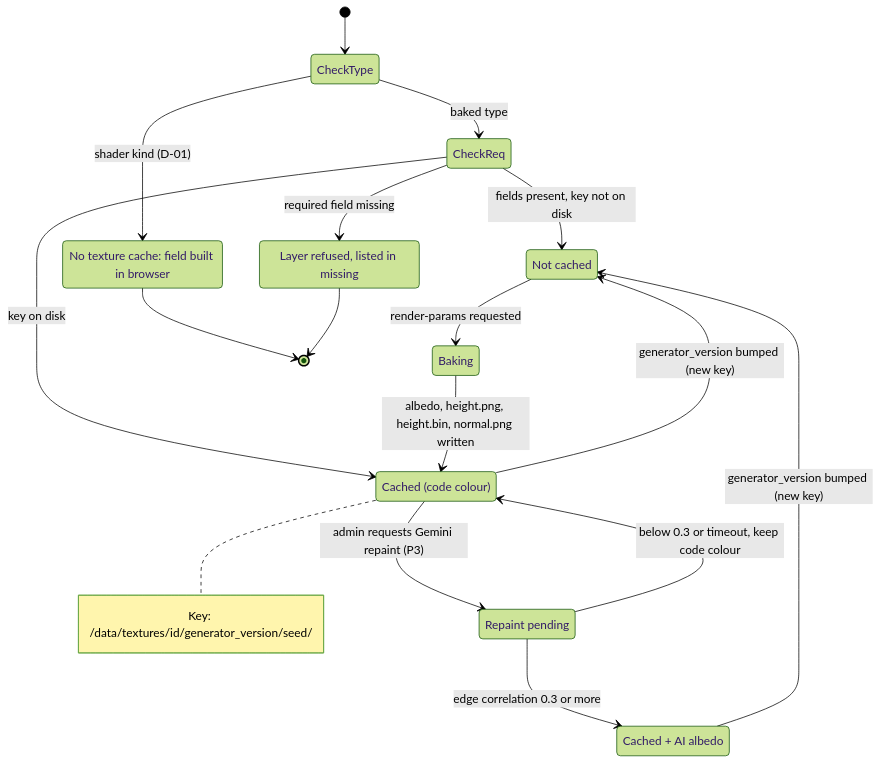
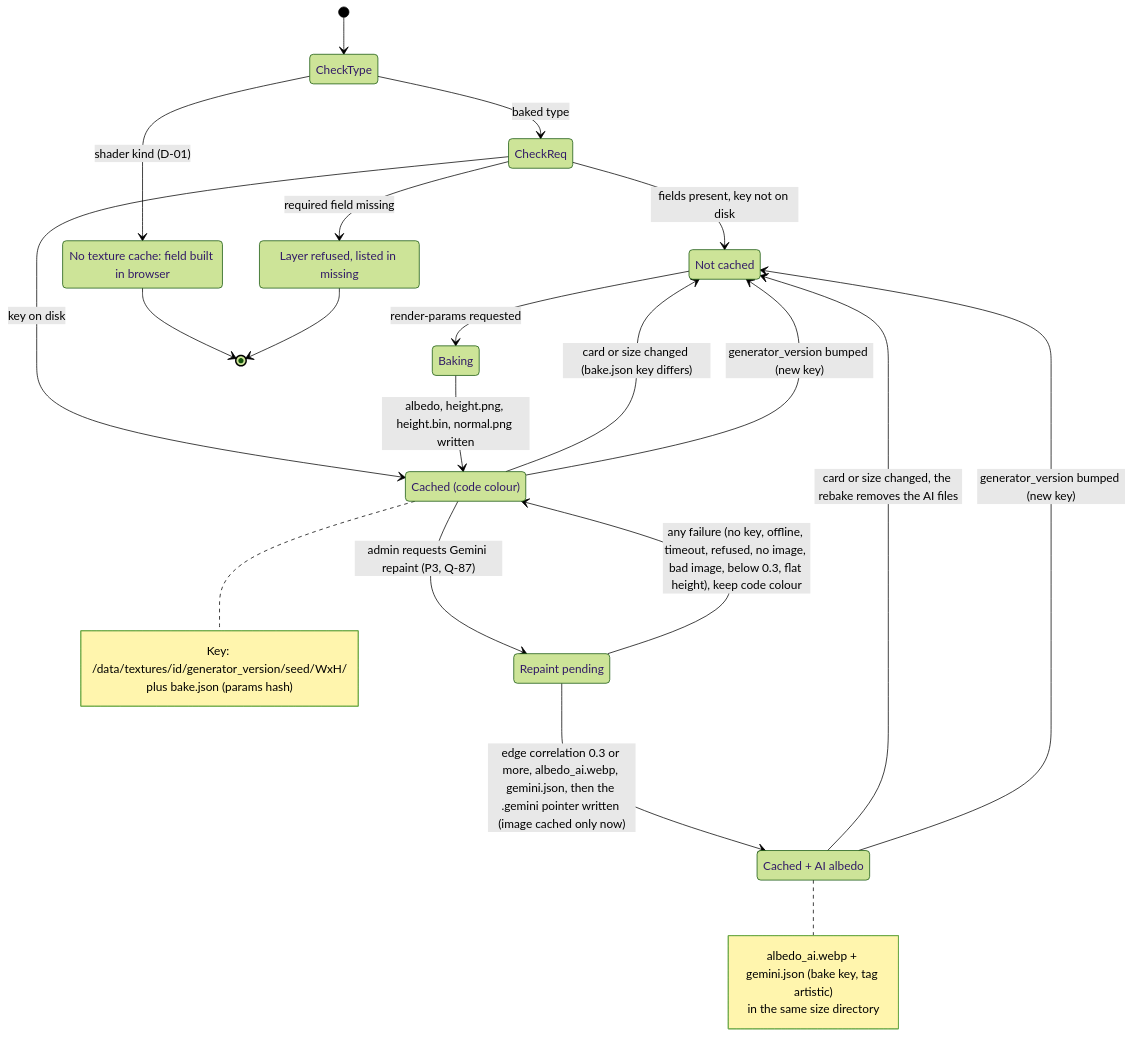
One commit to 0ffrian/SphereX changed the second of 2 diagrams in docs/uml/16-state-asset-lookup.md. Above: the diagram before and after it, drawn with Mermaid (forest theme). The commit also changed other lines of this file and 19 other files, not shown here.

First line of the commit message:
Gemini artistic layer behind a server proxy (#14)

````diff
--- a/docs/uml/16-state-asset-lookup.md
+++ b/docs/uml/16-state-asset-lookup.md
@@ -45,34 +45,41 @@
 ```mermaid
 stateDiagram-v2
   [*] --> CheckType
   state CheckType <<choice>>
   CheckType --> NoBake : shader kind (D-01)
   CheckType --> CheckReq : baked type
 
   state CheckReq <<choice>>
   CheckReq --> Refused : required field missing
   CheckReq --> NotCached : fields present, key not on disk
   CheckReq --> Cached : key on disk
 
   state "No texture cache: field built in browser" as NoBake
   state "Layer refused, listed in missing" as Refused
   state "Not cached" as NotCached
   state "Baking" as Baking
   state "Cached (code colour)" as Cached
   state "Repaint pending" as Pending
   state "Cached + AI albedo" as CachedAI
 
   NotCached --> Baking : render-params requested
   Baking --> Cached : albedo, height.png, height.bin, normal.png written
-  Cached --> Pending : admin requests Gemini repaint (P3)
-  Pending --> CachedAI : edge correlation 0.3 or more
-  Pending --> Cached : below 0.3 or timeout, keep code colour
+  Cached --> Pending : admin requests Gemini repaint (P3, Q-87)
+  Pending --> CachedAI : edge correlation 0.3 or more, albedo_ai.webp, gemini.json, then the .gemini pointer written (image cached only now)
+  Pending --> Cached : any failure (no key, offline, timeout, refused, no image, bad image, below 0.3, flat height), keep code colour
+  Cached --> NotCached : card or size changed (bake.json key differs)
+  CachedAI --> NotCached : card or size changed, the rebake removes the AI files
   Cached --> NotCached : generator_version bumped (new key)
   CachedAI --> NotCached : generator_version bumped (new key)
   NoBake --> [*]
   Refused --> [*]
 
   note right of Cached
-    Key: /data/textures/id/generator_version/seed/
+    Key: /data/textures/id/generator_version/seed/WxH/
+    plus bake.json (params hash)
+  end note
+  note right of CachedAI
+    albedo_ai.webp + gemini.json (bake key, tag artistic)
+    in the same size directory
   end note
 ```
````
